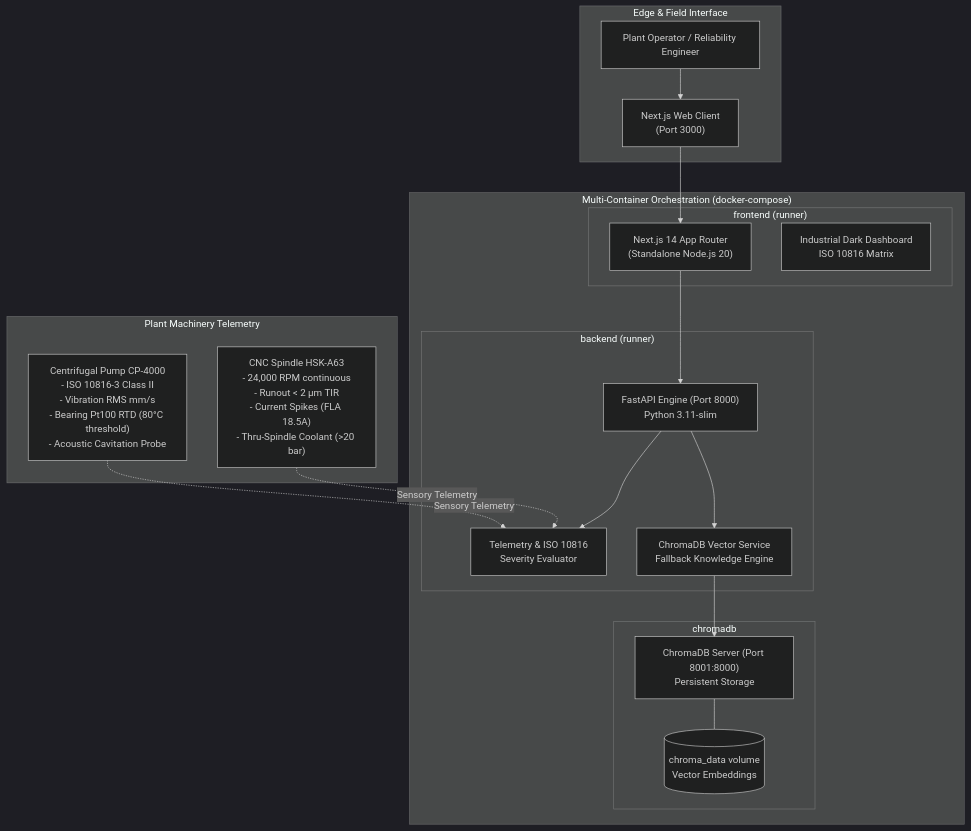
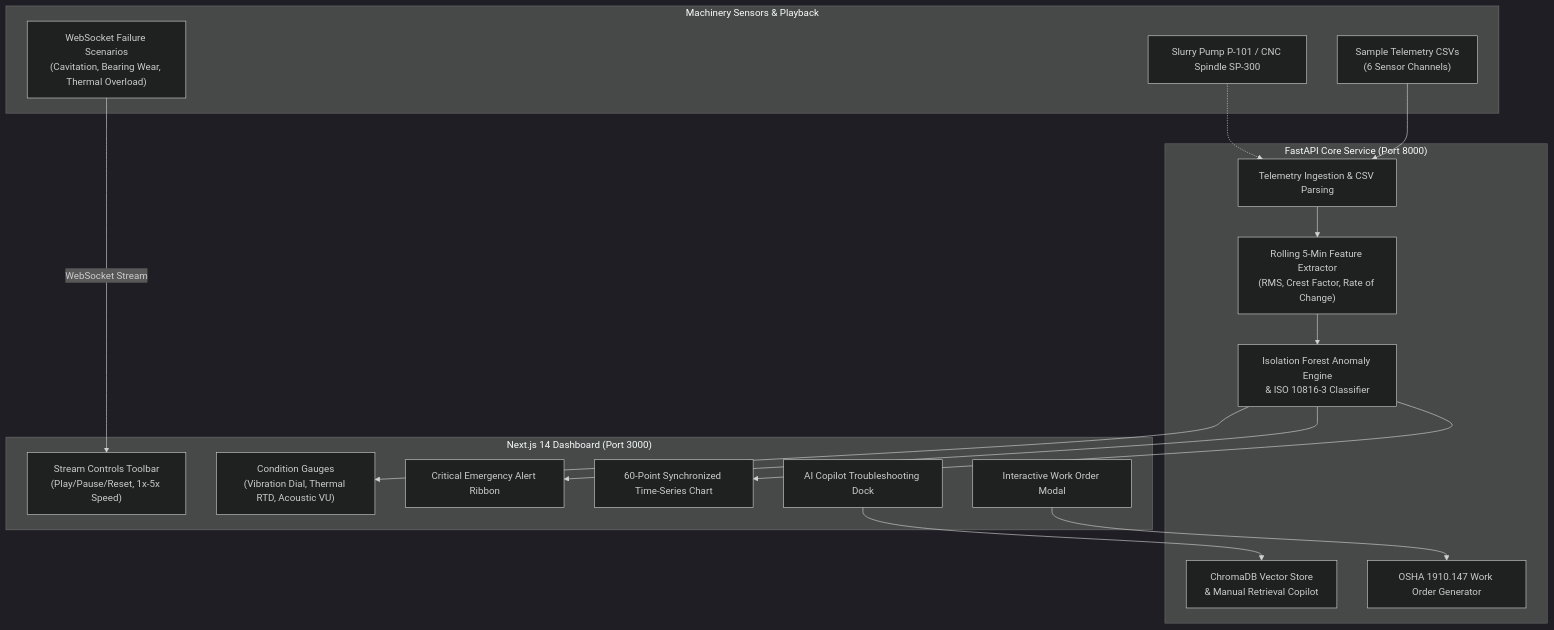
The diagram in README.md (Shobhit-S-Baghel/Factorypilot), drawn with Mermaid (dark theme) before and after one commit. The commit also changed other lines of this file and 6 other files, not shown here.

````diff
--- a/README.md
+++ b/README.md
@@ -20,40 +125,36 @@
 ```mermaid
 flowchart TD
-    subgraph ClientLayer["Edge & Field Interface"]
-        Operator["Plant Operator / Reliability Engineer"]
-        Browser["Next.js Web Client\n(Port 3000)"]
+    subgraph DataSources["Machinery Sensors & Playback"]
+        Physical["Slurry Pump P-101 / CNC Spindle SP-300"]
+        WSEmulator["WebSocket Failure Scenarios\n(Cavitation, Bearing Wear, Thermal Overload)"]
+        CSVFiles["Sample Telemetry CSVs\n(6 Sensor Channels)"]
     end
 
-    subgraph OrchestrationLayer["Multi-Container Orchestration (docker-compose)"]
-        subgraph FrontendContainer["frontend (runner)"]
-            NextServer["Next.js 14 App Router\n(Standalone Node.js 20)"]
-            Tailwind["Industrial Dark Dashboard\nISO 10816 Matrix"]
-        end
-
-        subgraph BackendContainer["backend (runner)"]
-            FastAPI["FastAPI Engine (Port 8000)\nPython 3.11-slim"]
-            TelemetryEngine["Telemetry & ISO 10816\nSeverity Evaluator"]
-            RAGService["ChromaDB Vector Service\nFallback Knowledge Engine"]
-        end
-
-        subgraph VectorStore["chromadb"]
-            Chroma["ChromaDB Server (Port 8001:8000)\nPersistent Storage"]
-            ChromaVolume[("chroma_data volume\nVector Embeddings")]
-        end
+    subgraph BackendEngine["FastAPI Core Service (Port 8000)"]
+        Ingestion["Telemetry Ingestion & CSV Parsing"]
+        FeatureExtractor["Rolling 5-Min Feature Extractor\n(RMS, Crest Factor, Rate of Change)"]
+        MLEngine["Isolation Forest Anomaly Engine\n& ISO 10816-3 Classifier"]
+        RAGService["ChromaDB Vector Store\n& Manual Retrieval Copilot"]
+        TicketGenerator["OSHA 1910.147 Work Order Generator"]
     end
 
-    subgraph IndustrialMachinery["Plant Machinery Telemetry"]
-        Pump["Centrifugal Pump CP-4000\n- ISO 10816-3 Class II\n- Vibration RMS mm/s\n- Bearing Pt100 RTD (80°C threshold)\n- Acoustic Cavitation Probe"]
-        Spindle["CNC Spindle HSK-A63\n- 24,000 RPM continuous\n- Runout < 2 µm TIR\n- Current Spikes (FLA 18.5A)\n- Thru-Spindle Coolant (>20 bar)"]
+    subgraph FrontendApp["Next.js 14 Dashboard (Port 3000)"]
+        StreamControls["Stream Controls Toolbar\n(Play/Pause/Reset, 1x-5x Speed)"]
+        Gauges["Condition Gauges\n(Vibration Dial, Thermal RTD, Acoustic VU)"]
+        EmergencyRibbon["Critical Emergency Alert Ribbon"]
+        TelemetryCharts["60-Point Synchronized Time-Series Chart"]
+        DiagnosticDock["AI Copilot Troubleshooting Dock"]
+        TicketModal["Interactive Work Order Modal"]
     end
 
-    Operator --> Browser
-    Browser --> NextServer
-    NextServer --> FastAPI
-    Pump -.->|Sensory Telemetry| TelemetryEngine
-    Spindle -.->|Sensory Telemetry| TelemetryEngine
-    FastAPI --> TelemetryEngine
-    FastAPI --> RAGService
-    RAGService --> Chroma
-    Chroma --- ChromaVolume
+    Physical -.-> Ingestion
+    WSEmulator -->|WebSocket Stream| StreamControls
+    CSVFiles --> Ingestion
+    Ingestion --> FeatureExtractor
+    FeatureExtractor --> MLEngine
+    MLEngine --> Gauges
+    MLEngine --> TelemetryCharts
+    MLEngine --> EmergencyRibbon
+    DiagnosticDock --> RAGService
+    TicketModal --> TicketGenerator
 ```
````
